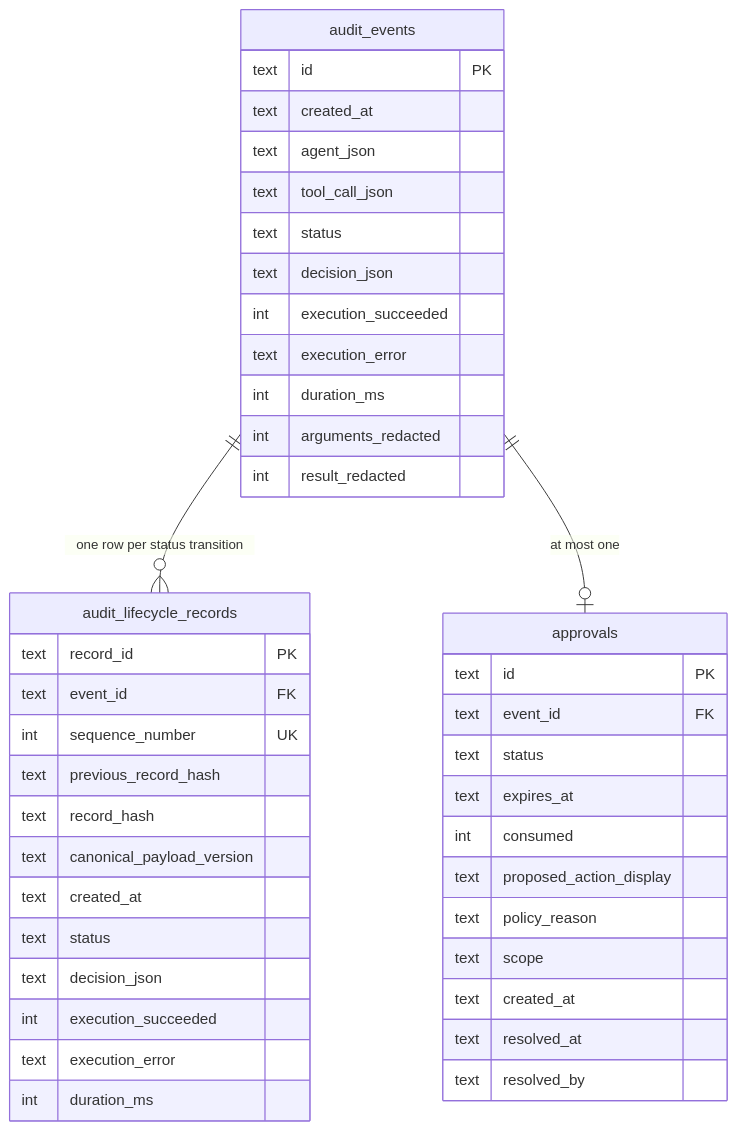
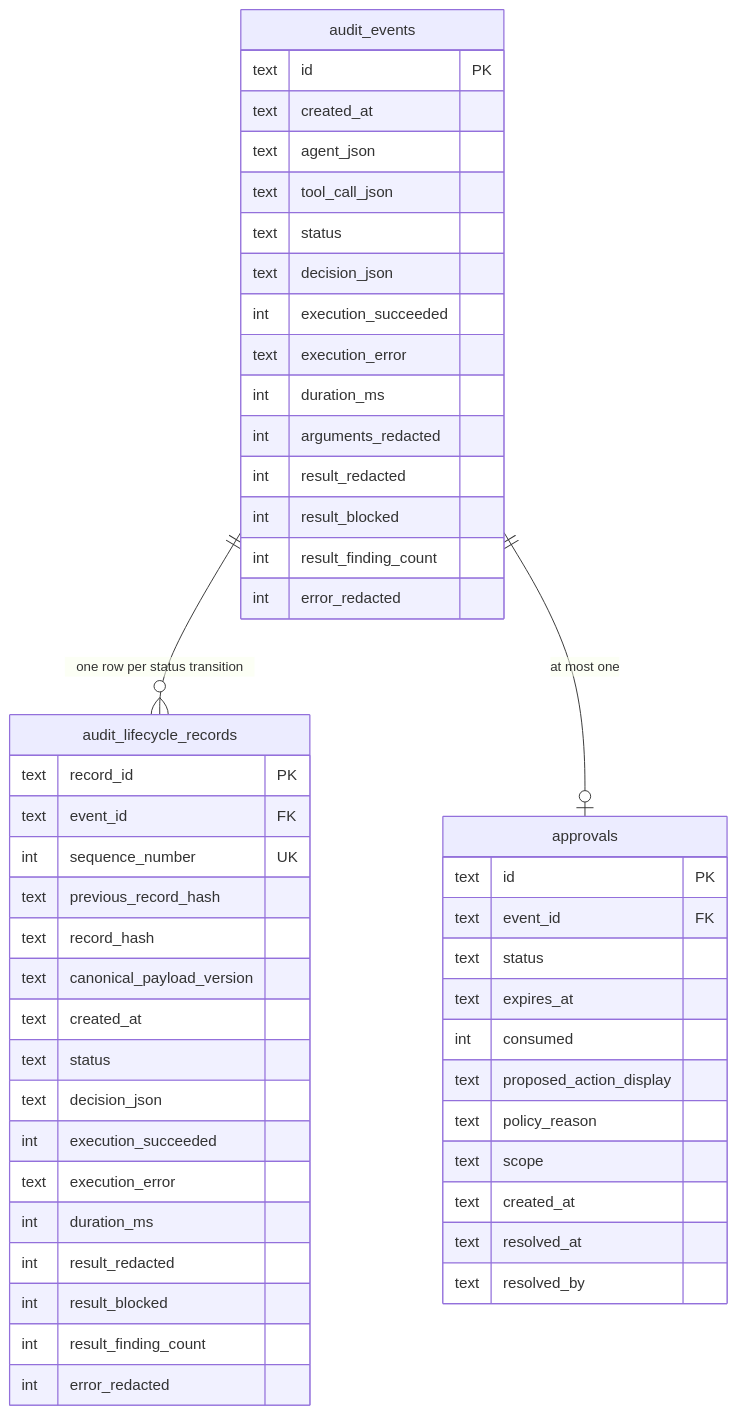
One commit to chidhvilasa/agentgate changed the fourth of 5 diagrams in docs/ARCHITECTURE.md. Above: the diagram before and after it, drawn with Mermaid. The commit also changed other lines of this file and 10 other files, not shown here.

````diff
--- a/docs/ARCHITECTURE.md
+++ b/docs/ARCHITECTURE.md
@@ -125,45 +140,52 @@
 ```mermaid
 erDiagram
     audit_events {
         text id PK
         text created_at
         text agent_json
         text tool_call_json
         text status
         text decision_json
         int execution_succeeded
         text execution_error
         int duration_ms
         int arguments_redacted
         int result_redacted
+        int result_blocked
+        int result_finding_count
+        int error_redacted
     }
     audit_lifecycle_records {
         text record_id PK
         text event_id FK
         int sequence_number UK
         text previous_record_hash
         text record_hash
         text canonical_payload_version
         text created_at
         text status
         text decision_json
         int execution_succeeded
         text execution_error
         int duration_ms
+        int result_redacted
+        int result_blocked
+        int result_finding_count
+        int error_redacted
     }
     approvals {
         text id PK
         text event_id FK
         text status
         text expires_at
         int consumed
         text proposed_action_display
         text policy_reason
         text scope
         text created_at
         text resolved_at
         text resolved_by
     }
     audit_events ||--o{ audit_lifecycle_records : "one row per status transition"
     audit_events ||--o| approvals : "at most one"
 ```
````
